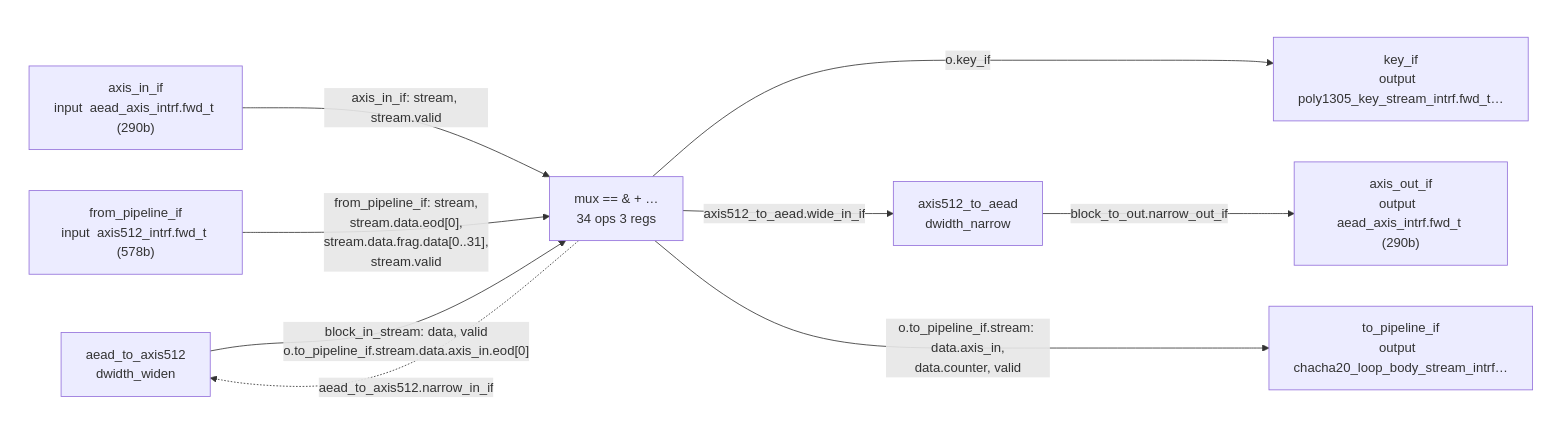
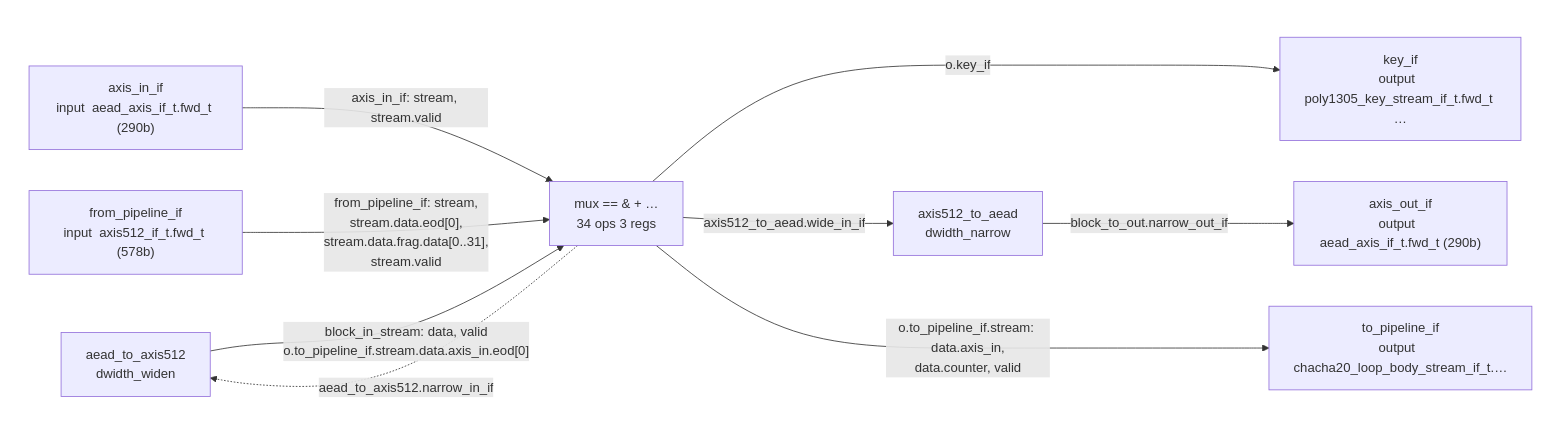
The third of 5 diagrams in 3.build/pypeline_build/src/chacha20/chacha20_design.md (chili-chips/wireguard-fpga), drawn with Mermaid before and after one commit. The commit also changed other lines of this file and 31 other files, not shown here.

````diff
--- a/3.build/pypeline_build/src/chacha20/chacha20_design.md
+++ b/3.build/pypeline_build/src/chacha20/chacha20_design.md
@@ -110,26 +110,26 @@
 ```mermaid
 flowchart LR
     n5["aead_to_axis512<br>dwidth_widen"]
     n6["axis512_to_aead<br>dwidth_narrow"]
     n7["mux == & + …<br>34 ops  3 regs"]
     subgraph inputs[" "]
-        n0["axis_in_if<br>input  aead_axis_intrf.fwd_t (290b)"]
-        n1["from_pipeline_if<br>input  axis512_intrf.fwd_t (578b)"]
+        n0["axis_in_if<br>input  aead_axis_if_t.fwd_t (290b)"]
+        n1["from_pipeline_if<br>input  axis512_if_t.fwd_t (578b)"]
     end
     style inputs fill:none,stroke:none
     subgraph outputs[" "]
-        n2["key_if<br>output  poly1305_key_stream_intrf.fwd_t…"]
-        n3["axis_out_if<br>output  aead_axis_intrf.fwd_t (290b)"]
-        n4["to_pipeline_if<br>output  chacha20_loop_body_stream_intrf…"]
+        n2["key_if<br>output  poly1305_key_stream_if_t.fwd_t …"]
+        n3["axis_out_if<br>output  aead_axis_if_t.fwd_t (290b)"]
+        n4["to_pipeline_if<br>output  chacha20_loop_body_stream_if_t.…"]
     end
     style outputs fill:none,stroke:none
     n0 -->|"axis_in_if: stream, stream.valid"| n7
     n1 -->|"from_pipeline_if: stream,<br>stream.data.eod[0],<br>stream.data.frag.data[0..31],<br>stream.valid"| n7
     n5 -->|"block_in_stream: data, valid<br>o.to_pipeline_if.stream.data.axis_in.eod[0]"| n7
     n6 -->|"block_to_out.narrow_out_if"| n3
     n7 -->|"o.to_pipeline_if.stream: data.axis_in,<br>data.counter, valid"| n4
     n7 -.->|"aead_to_axis512.narrow_in_if"| n5
     n7 -->|"axis512_to_aead.wide_in_if"| n6
     n7 -->|"o.key_if"| n2
     n6 ~~~ n2
 ```
````
